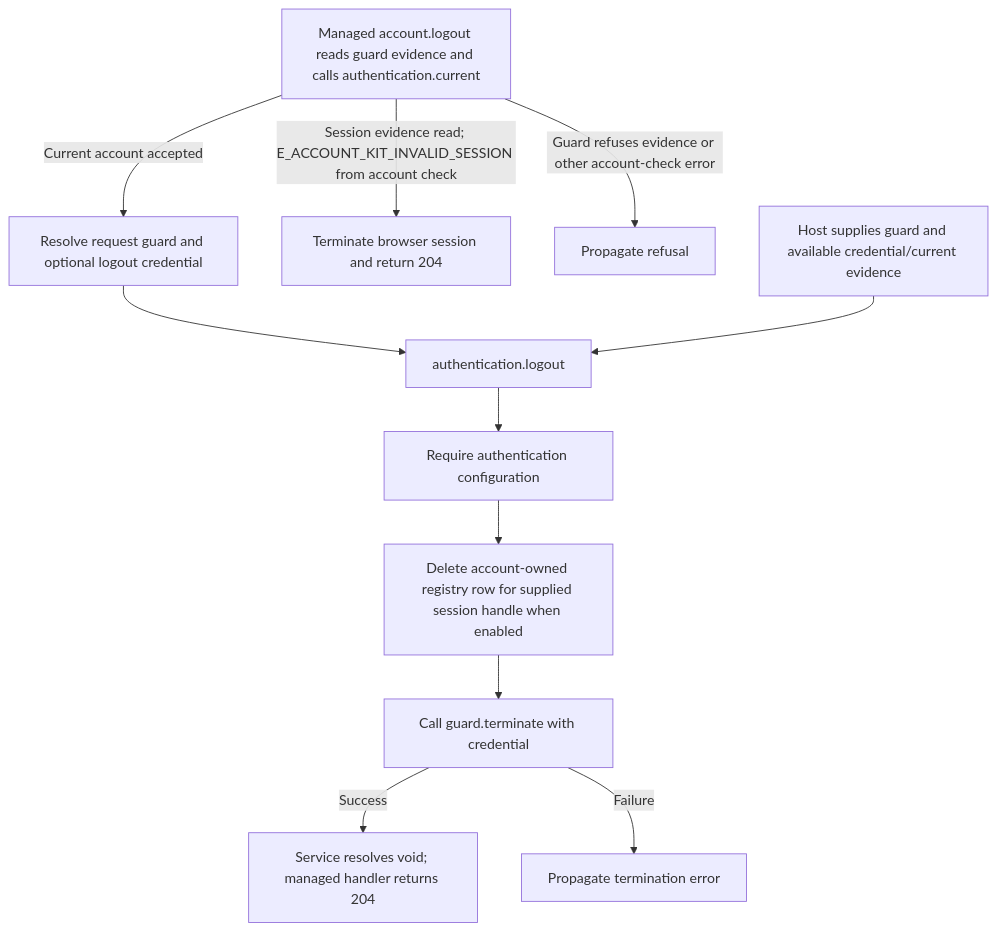
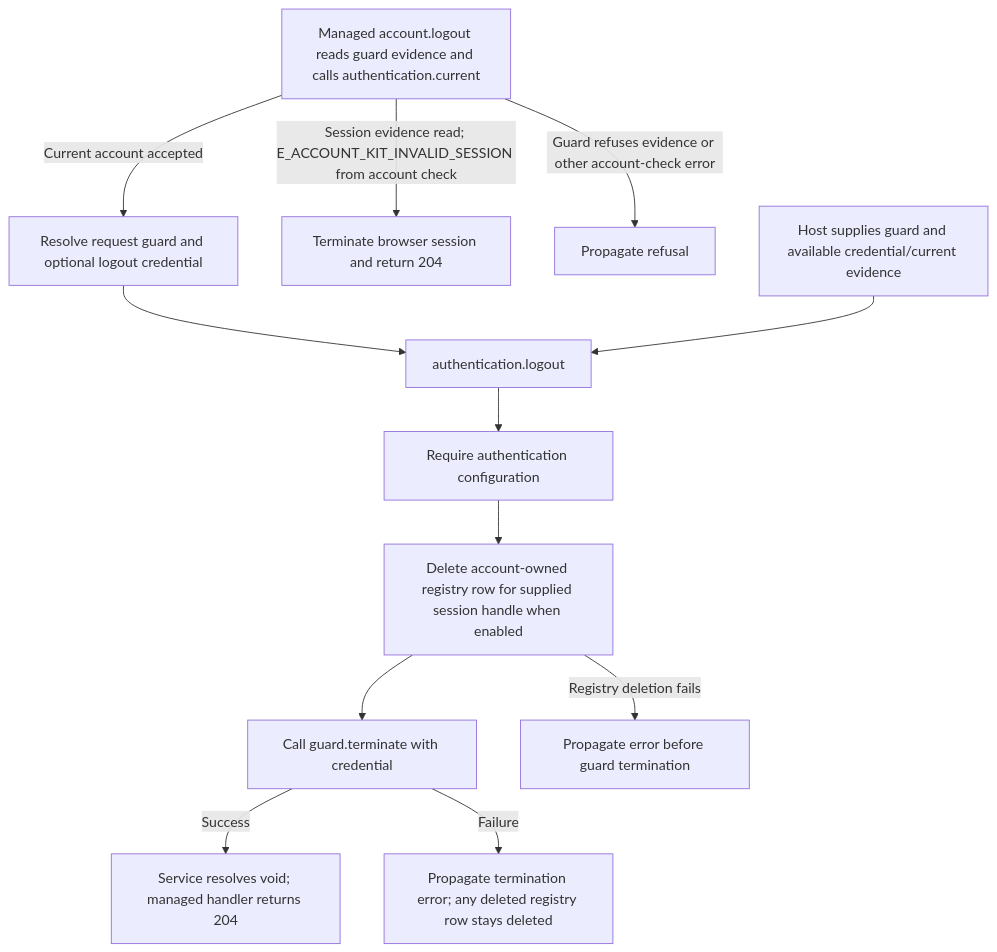
Before and after one commit to Kevinjohn/oss-adonisjs-account-kit: the second of 2 diagrams in user-stories/US-ACCOUNT-04-sign-out.md, drawn with Mermaid. The commit also changed 42 other files, not shown here.

````diff
--- a/user-stories/US-ACCOUNT-04-sign-out.md
+++ b/user-stories/US-ACCOUNT-04-sign-out.md
@@ -30,13 +30,14 @@
 ```mermaid
 flowchart TD
   M["Managed account.logout reads guard evidence and calls authentication.current"] -->|Current account accepted| N["Resolve request guard and optional logout credential"]
   M -->|Session evidence read; E_ACCOUNT_KIT_INVALID_SESSION from account check| S["Terminate browser session and return 204"]
   M -->|Guard refuses evidence or other account-check error| X["Propagate refusal"]
   N --> A["authentication.logout"]
   H["Host supplies guard and available credential/current evidence"] --> A
   A --> B["Require authentication configuration"]
   B --> C["Delete account-owned registry row for supplied session handle when enabled"]
   C --> D["Call guard.terminate with credential"]
+  C -->|Registry deletion fails| F["Propagate error before guard termination"]
   D -->|Success| E["Service resolves void; managed handler returns 204"]
-  D -->|Failure| F["Propagate termination error"]
+  D -->|Failure| G["Propagate termination error; any deleted registry row stays deleted"]
 ```
````
